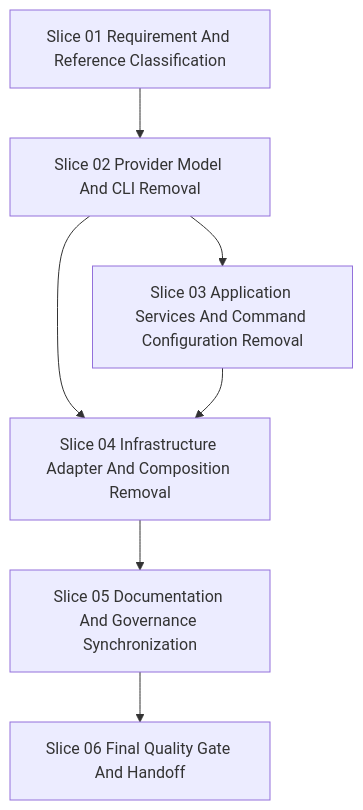
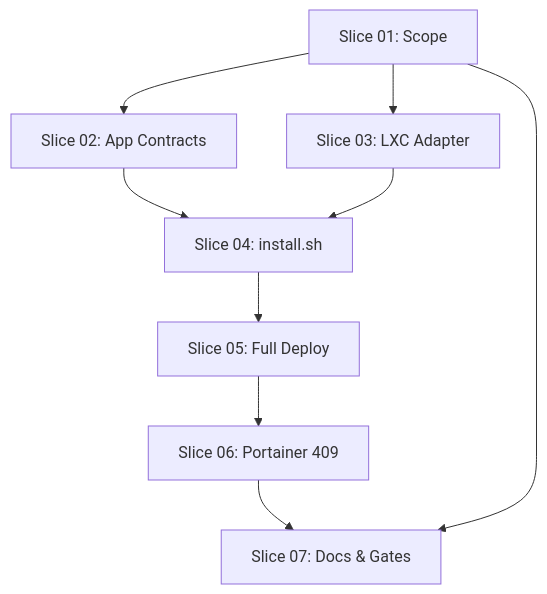
Before and after one commit to MatthiasBurger-Coder/Tiny-Swarm-World: the diagram in documentation/workflow/workflow.md, drawn with Mermaid. The commit also changed other lines of this file and 7 other files, not shown here.

````diff
--- a/documentation/workflow/workflow.md
+++ b/documentation/workflow/workflow.md
@@ -612,9 +721,11 @@
 ```mermaid
 flowchart TD
-  S01["Slice 01 Requirement And Reference Classification"] --> S02["Slice 02 Provider Model And CLI Removal"]
-  S02 --> S03["Slice 03 Application Services And Command Configuration Removal"]
-  S02 --> S04["Slice 04 Infrastructure Adapter And Composition Removal"]
+  S01["Slice 01: Scope"] --> S02["Slice 02: App Contracts"]
+  S01 --> S03["Slice 03: LXC Adapter"]
+  S02 --> S04["Slice 04: install.sh"]
   S03 --> S04
-  S04 --> S05["Slice 05 Documentation And Governance Synchronization"]
-  S05 --> S06["Slice 06 Final Quality Gate And Handoff"]
+  S04 --> S05["Slice 05: Full Deploy"]
+  S05 --> S06["Slice 06: Portainer 409"]
+  S06 --> S07["Slice 07: Docs & Gates"]
+  S01 --> S07
 ```
````
